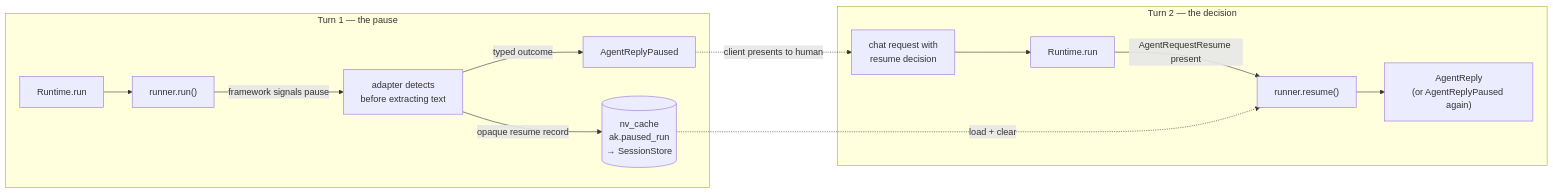
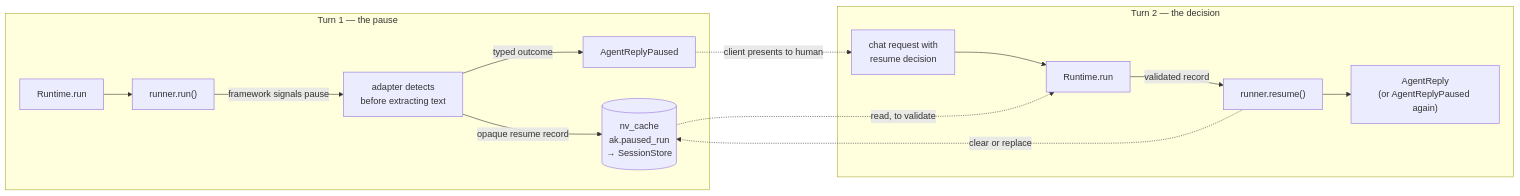
The diagram in docs/specs/606-human-in-the-loop/design.md (yaalalabs/agent-kernel), drawn with Mermaid before and after one commit. The commit also changed other lines of this file and 1 other file, not shown here.

````diff
--- a/docs/specs/606-human-in-the-loop/design.md
+++ b/docs/specs/606-human-in-the-loop/design.md
@@ -66,18 +66,19 @@
 ```mermaid
 graph LR
     subgraph Turn1["Turn 1 — the pause"]
         R1["Runtime.run"] --> RUN["runner.run()"]
         RUN -->|framework signals pause| DET["adapter detects<br/>before extracting text"]
         DET -->|opaque resume record| SESS[("nv_cache<br/>ak.paused_run<br/>→ SessionStore")]
         DET -->|typed outcome| REPLY["AgentReplyPaused"]
     end
 
     subgraph Turn2["Turn 2 — the decision"]
         REQ["chat request with<br/>resume decision"] --> R2["Runtime.run"]
-        R2 -->|AgentRequestResume present| RES["runner.resume()"]
-        SESS -.->|load + clear| RES
+        SESS -.->|read, to validate| R2
+        R2 -->|validated record| RES["runner.resume()"]
+        RES -.->|clear or replace| SESS
         RES --> OUT["AgentReply<br/>(or AgentReplyPaused again)"]
     end
 
     REPLY -.->|client presents to human| REQ
 ```
````
